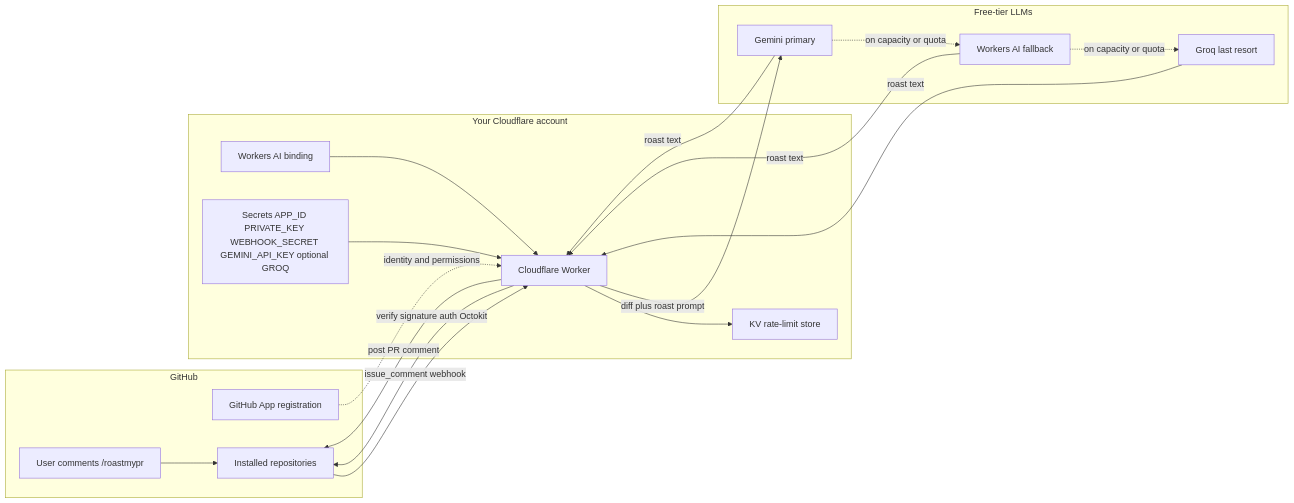
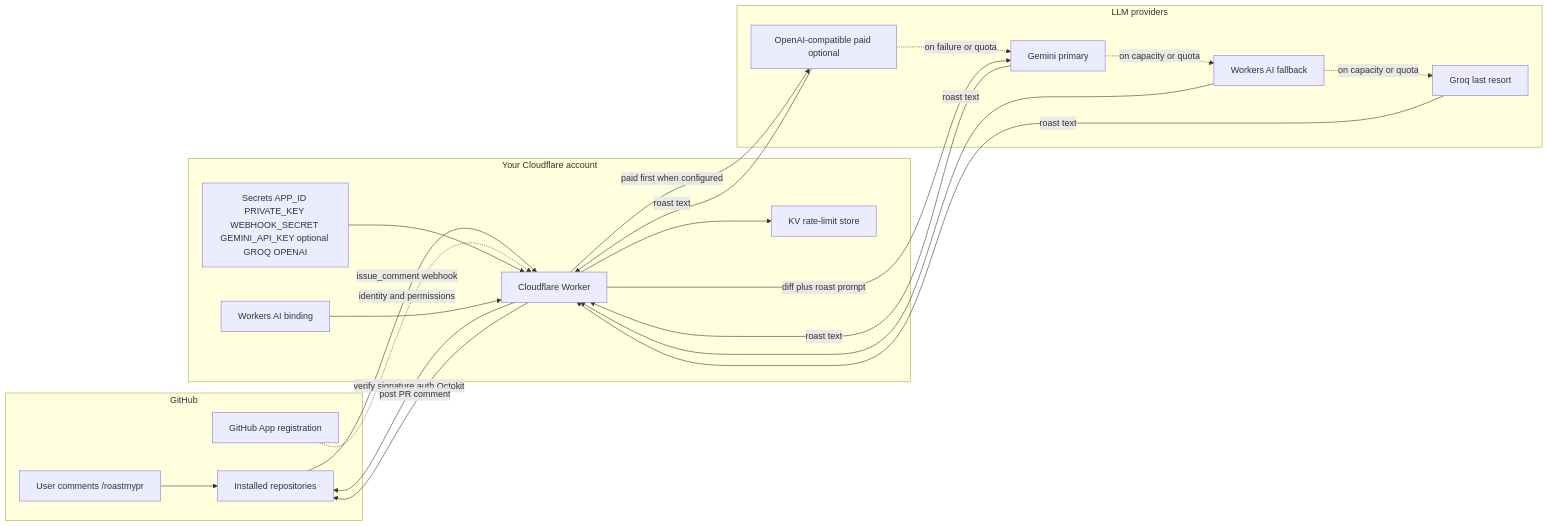
One commit to vuongj321/roast-my-pr changed the first of 4 diagrams in docs/ARCHITECTURE.md. Above: the diagram before and after it, drawn with Mermaid. The commit also changed other lines of this file and 2 other files, not shown here.

First line of the commit message:
docs: document the optional paid provider

````diff
--- a/docs/ARCHITECTURE.md
+++ b/docs/ARCHITECTURE.md
@@ -24,36 +24,40 @@
 ```mermaid
 flowchart LR
   subgraph github [GitHub]
     User[User comments /roastmypr]
     AppReg[GitHub App registration]
     Repos[Installed repositories]
   end
 
   subgraph cloudflare [Your Cloudflare account]
     Worker[Cloudflare Worker]
     KV[KV rate-limit store]
     AIBind[Workers AI binding]
-    Secrets[Secrets APP_ID PRIVATE_KEY WEBHOOK_SECRET GEMINI_API_KEY optional GROQ]
+    Secrets[Secrets APP_ID PRIVATE_KEY WEBHOOK_SECRET GEMINI_API_KEY optional GROQ OPENAI]
   end
 
-  subgraph models [Free-tier LLMs]
+  subgraph models [LLM providers]
+    Paid["OpenAI-compatible paid optional"]
     Gemini[Gemini primary]
     Groq[Groq last resort]
     WorkersAI[Workers AI fallback]
   end
 
   User --> Repos
   Repos -->|issue_comment webhook| Worker
   AppReg -.->|identity and permissions| Worker
   Secrets --> Worker
   AIBind --> Worker
   Worker -->|verify signature auth Octokit| Repos
   Worker --> KV
+  Worker -->|paid first when configured| Paid
+  Paid -.->|on failure or quota| Gemini
   Worker -->|diff plus roast prompt| Gemini
   Gemini -.->|on capacity or quota| WorkersAI
   WorkersAI -.->|on capacity or quota| Groq
+  Paid -->|roast text| Worker
   Gemini -->|roast text| Worker
   WorkersAI -->|roast text| Worker
   Groq -->|roast text| Worker
   Worker -->|post PR comment| Repos
 ```
````
